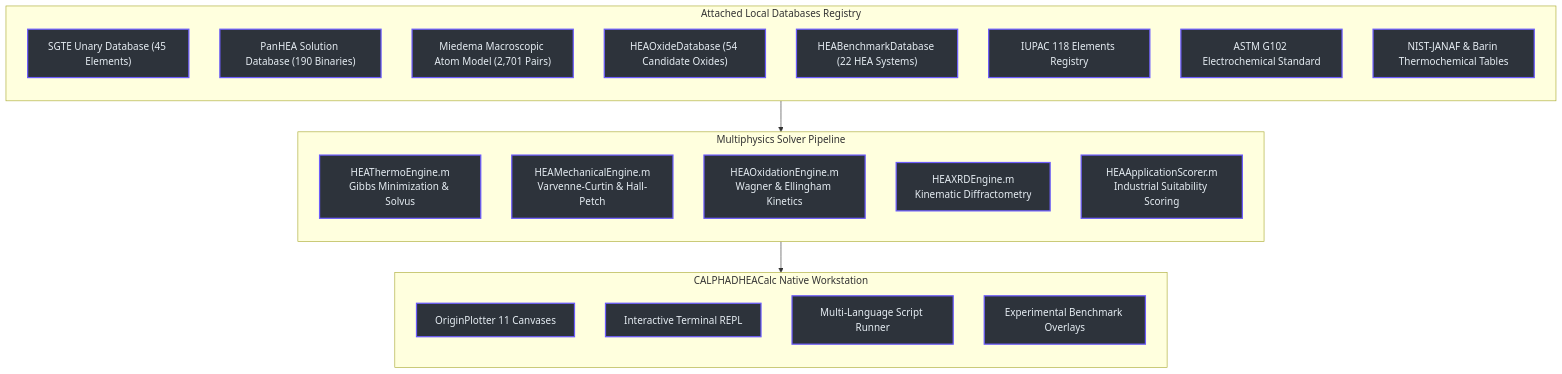
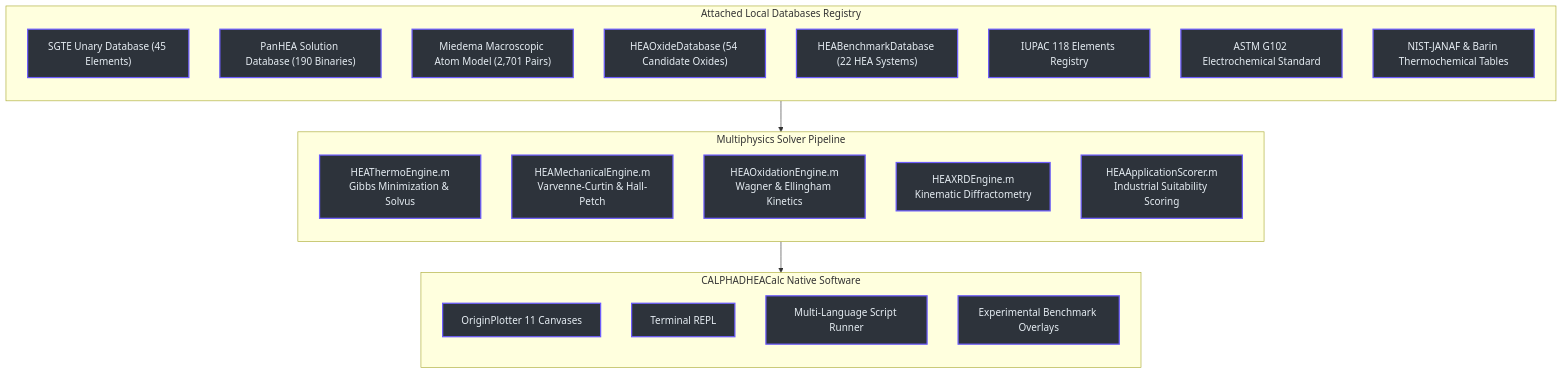
Before and after one commit to felixmwiya200/CALPHADHEACalc: the first of 2 diagrams in App/CALPHAD_DATABASES_AND_EQUATIONS_WIKI.md, drawn with Mermaid. The commit also changed other lines of this file and 52 other files, not shown here.

Commit message:
feat: implement decoupled architecture with ANSYS Fluent solver logging, purge scratch secrets, and update terminology

````diff
--- a/App/CALPHAD_DATABASES_AND_EQUATIONS_WIKI.md
+++ b/App/CALPHAD_DATABASES_AND_EQUATIONS_WIKI.md
@@ -21,37 +21,37 @@
 ```mermaid
 flowchart TD
     classDef default fill:#2d333b,stroke:#6d5dfc,stroke-width:2px,color:#e6edf3;
     classDef subg fill:#161b22,stroke:#30363d,stroke-width:1px,color:#e6edf3;
 
     subgraph DB["Attached Local Databases Registry"]
         direction TB
         DB1["SGTE Unary Database (45 Elements)"]
         DB2["PanHEA Solution Database (190 Binaries)"]
         DB3["Miedema Macroscopic Atom Model (2,701 Pairs)"]
         DB4["HEAOxideDatabase (54 Candidate Oxides)"]
         DB5["HEABenchmarkDatabase (22 HEA Systems)"]
         DB6["IUPAC 118 Elements Registry"]
         DB7["ASTM G102 Electrochemical Standard"]
         DB8["NIST-JANAF & Barin Thermochemical Tables"]
     end
 
     subgraph ENGINE["Multiphysics Solver Pipeline"]
         direction TB
         E1["HEAThermoEngine.m<br>Gibbs Minimization & Solvus"]
         E2["HEAMechanicalEngine.m<br>Varvenne-Curtin & Hall-Petch"]
         E3["HEAOxidationEngine.m<br>Wagner & Ellingham Kinetics"]
         E4["HEAXRDEngine.m<br>Kinematic Diffractometry"]
         E5["HEAApplicationScorer.m<br>Industrial Suitability Scoring"]
     end
 
-    subgraph UI["CALPHADHEACalc Native Workstation"]
+    subgraph UI["CALPHADHEACalc Native Software"]
         direction TB
         W1["OriginPlotter 11 Canvases"]
-        W2["Interactive Terminal REPL"]
+        W2["Terminal REPL"]
         W3["Multi-Language Script Runner"]
         W4["Experimental Benchmark Overlays"]
     end
 
     DB --> ENGINE
     ENGINE --> UI
 ```
````
